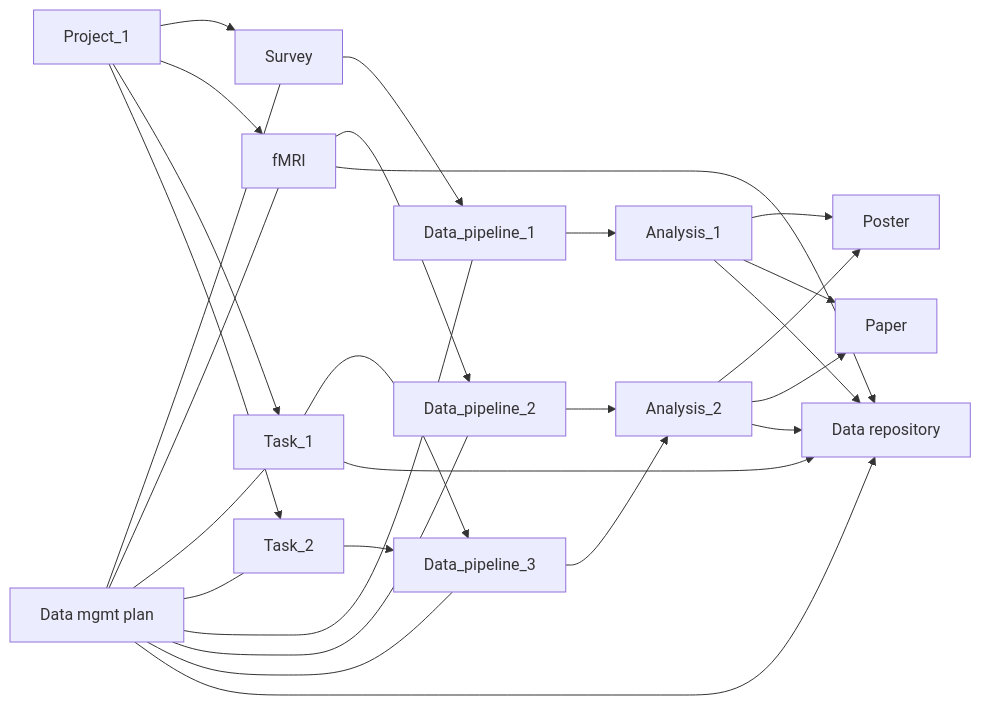
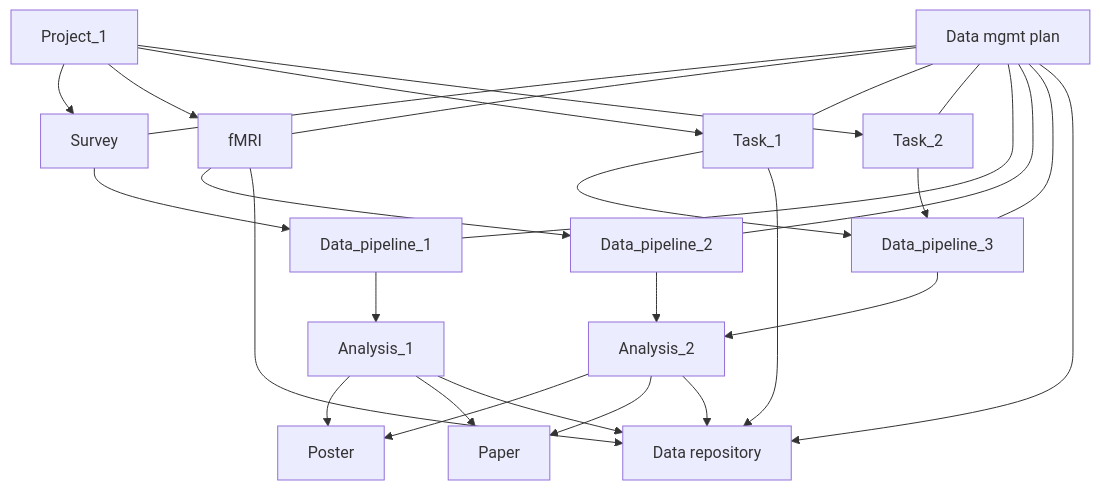
One commit to penn-state-open-science/sleic-best-practices-2025-12-02 changed the fourth of 5 diagrams in index.qmd. Above: the diagram before and after it, drawn with Mermaid. The commit also changed other lines of this file and 1 other file, not shown here.

````diff
--- a/index.qmd
+++ b/index.qmd
@@ -228,19 +241,19 @@
 ```{mermaid}
 %%| label: fig-one-project-w-sharing
-%%| fig-cap: "One project workflow with planned data sharing"
-flowchart LR
+%%| fig-cap: "Planned data sharing to a repository"
+flowchart TD
   A["Project_1"] --> B["Survey"]
   A --> C["fMRI"]
   A --> D["Task_1"]
   A --> E["Task_2"]
   B --> P["Data_pipeline_1"]
   C --> Q["Data_pipeline_2"]
   D --> R["Data_pipeline_3"]
   E --> R
   F["Data mgmt plan"] --- B & C & D & E & P & Q & R
   P --> G["Analysis_1"]
   Q & R --> H["Analysis_2"]
   G & H --> I["Poster"]
   G & H --> J["Paper"]
   C & D & G & H & F --> K["Data repository"]
 ```
````
